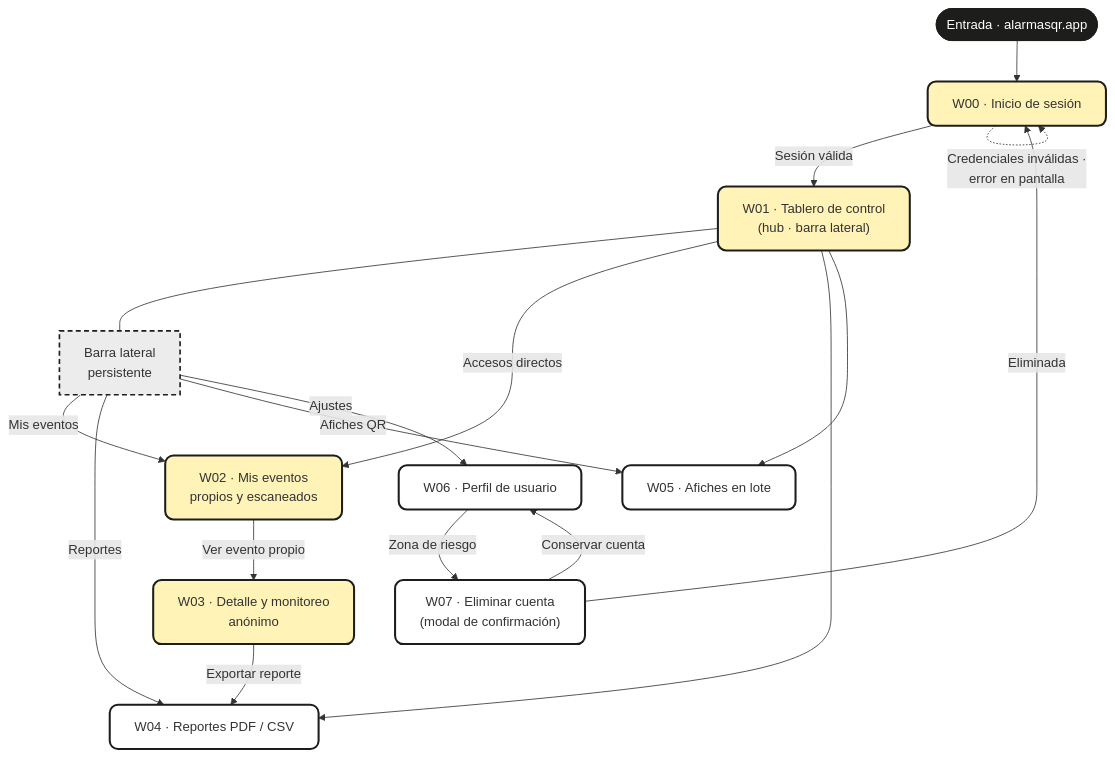
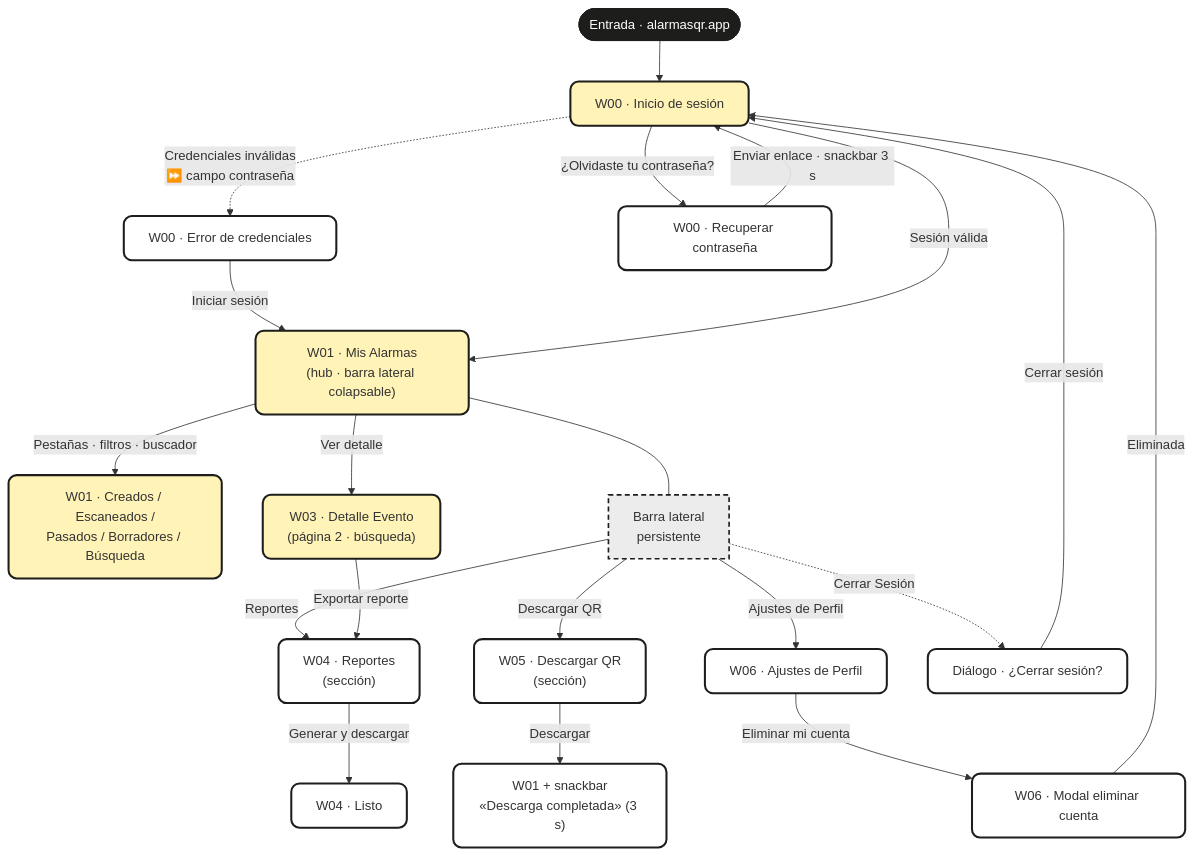
Before and after one commit to a-ortizp/alarmas-qr-app: the second of 2 diagrams in docs/NAVEGACION.md, drawn with Mermaid. The commit also changed other lines of this file and 15 other files, not shown here.

````diff
--- a/docs/NAVEGACION.md
+++ b/docs/NAVEGACION.md
@@ -80,26 +80,29 @@
 ```mermaid
 flowchart TD
 
 IN(["Entrada · alarmasqr.app"]):::sys --> W00["W00 · Inicio de sesión"]:::mvp
-W00 -->|"Sesión válida"| W01["W01 · Tablero de control<br>(hub · barra lateral)"]:::mvp
-W00 -.->|"Credenciales inválidas ·<br>error en pantalla"| W00
+W00 -.->|"Credenciales inválidas<br>⏩ campo contraseña"| W00e["W00 · Error de credenciales"]:::pantalla
+W00e -->|"Iniciar sesión"| W01
+W00 -->|"¿Olvidaste tu contraseña?"| W00r["W00 · Recuperar contraseña"]:::pantalla
+W00r -->|"Enviar enlace · snackbar 3 s"| W00
+W00 -->|"Sesión válida"| W01["W01 · Mis Alarmas<br>(hub · barra lateral colapsable)"]:::mvp
+W01 -->|"Pestañas · filtros · buscador"| W01s["W01 · Creados / Escaneados /<br>Pasados / Borradores / Búsqueda"]:::mvp
 NAV["Barra lateral<br>persistente"]:::ext
 W01 --- NAV
-NAV -->|"Mis eventos"| W02["W02 · Mis eventos<br>propios y escaneados"]:::mvp
-NAV -->|"Reportes"| W04["W04 · Reportes PDF / CSV"]:::pantalla
-NAV -->|"Afiches QR"| W05["W05 · Afiches en lote"]:::pantalla
-NAV -->|"Ajustes"| W06["W06 · Perfil de usuario"]:::pantalla
-W01 -->|"Accesos directos"| W02
-W01 --> W04
-W01 --> W05
-W02 -->|"Ver evento propio"| W03["W03 · Detalle y monitoreo<br>anónimo"]:::mvp
+NAV -->|"Reportes"| W04["W04 · Reportes<br>(sección)"]:::pantalla
+NAV -->|"Descargar QR"| W05["W05 · Descargar QR<br>(sección)"]:::pantalla
+NAV -->|"Ajustes de Perfil"| W06["W06 · Ajustes de Perfil"]:::pantalla
+NAV -.->|"Cerrar Sesión"| DLG["Diálogo · ¿Cerrar sesión?"]:::pantalla
+DLG -->|"Cerrar sesión"| W00
+W01 -->|"Ver detalle"| W03["W03 · Detalle Evento<br>(página 2 · búsqueda)"]:::mvp
 W03 -->|"Exportar reporte"| W04
-W06 -->|"Zona de riesgo"| W07["W07 · Eliminar cuenta<br>(modal de confirmación)"]:::pantalla
-W07 -->|"Conservar cuenta"| W06
+W04 -->|"Generar y descargar"| W04l["W04 · Listo"]:::pantalla
+W05 -->|"Descargar"| W05c["W01 + snackbar<br>«Descarga completada» (3 s)"]:::pantalla
+W06 -->|"Eliminar mi cuenta"| W07["W06 · Modal eliminar cuenta"]:::pantalla
 W07 -->|"Eliminada"| W00
 
 classDef pantalla fill:#ffffff,stroke:#1d1d1b,stroke-width:2.5px,rx:10,ry:10;
 classDef mvp fill:#fff3b8,stroke:#1d1d1b,stroke-width:2.5px,rx:10,ry:10;
 classDef ext fill:#ececec,stroke:#1d1d1b,stroke-width:2px,stroke-dasharray:6 4;
 classDef sys fill:#1d1d1b,stroke:#1d1d1b,color:#ffffff;
 ```
````
